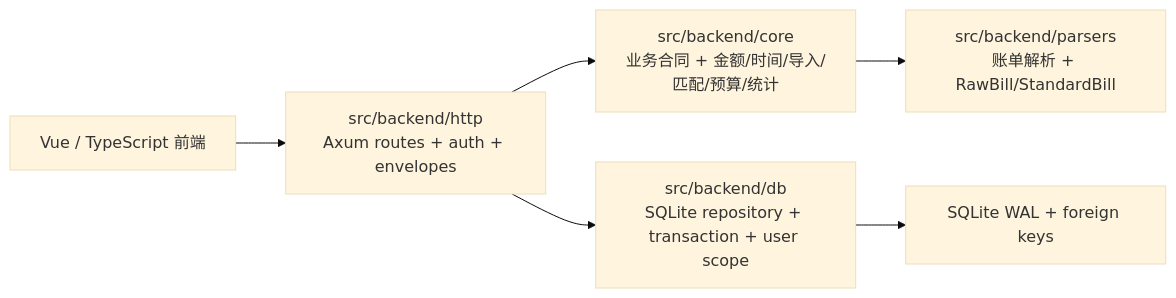
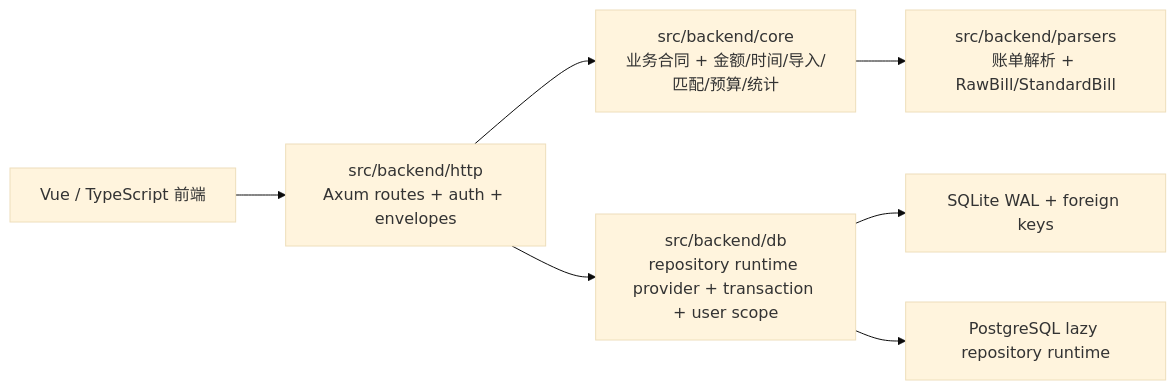
Before and after one commit to hcy0317/bill_analyser: the first of 4 diagrams in docs/backend-map.md, drawn with Mermaid (base theme). The commit also changed other lines of this file and 29 other files, not shown here.

First line of the commit message:
refactor(db): 建立 PostgreSQL 仓储运行边界 (#141)

````diff
--- a/docs/backend-map.md
+++ b/docs/backend-map.md
@@ -10,8 +10,9 @@
 ```mermaid
 flowchart LR
   Web["Vue / TypeScript 前端"] --> Http["src/backend/http\nAxum routes + auth + envelopes"]
   Http --> Core["src/backend/core\n业务合同 + 金额/时间/导入/匹配/预算/统计"]
-  Http --> Db["src/backend/db\nSQLite repository + transaction + user scope"]
+  Http --> Db["src/backend/db\nrepository runtime provider + transaction + user scope"]
   Core --> Parsers["src/backend/parsers\n账单解析 + RawBill/StandardBill"]
   Db --> SQLite["SQLite WAL + foreign keys"]
+  Db --> Postgres["PostgreSQL lazy repository runtime"]
 ```
````
